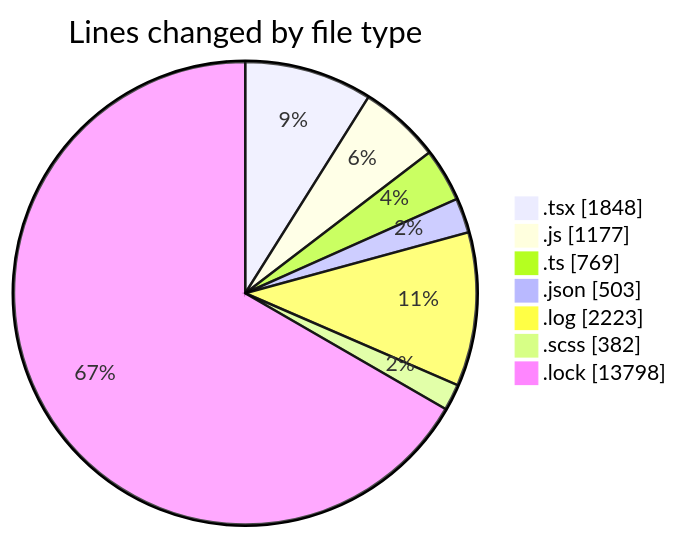
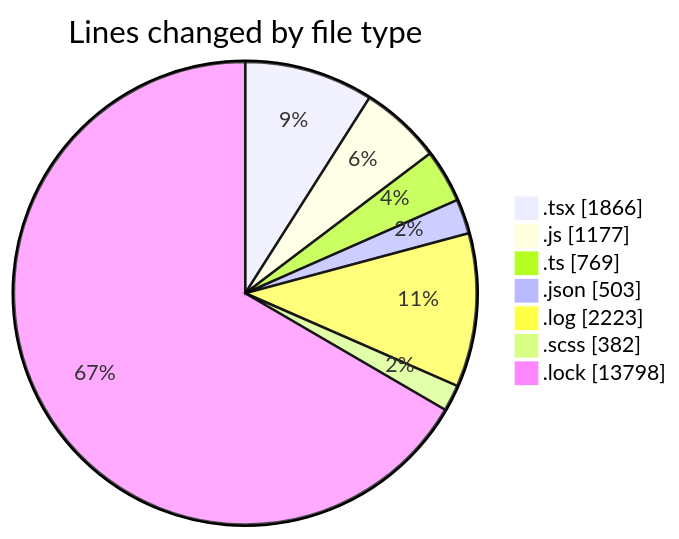
One commit to momahboobian/code-tracking changed the first of 2 diagrams in 2026-04-17/cda/README.md. Above: the diagram before and after it, drawn with Mermaid. The commit also changed other lines of this file and 1 other file, not shown here.

````diff
--- a/2026-04-17/cda/README.md
+++ b/2026-04-17/cda/README.md
@@ -47,11 +47,11 @@
 ```mermaid
 pie showData
 title Lines changed by file type
-".tsx" : 1848
+".tsx" : 1866
 ".js" : 1177
 ".ts" : 769
 ".json" : 503
 ".log" : 2223
 ".scss" : 382
 ".lock" : 13798
 ```
````
